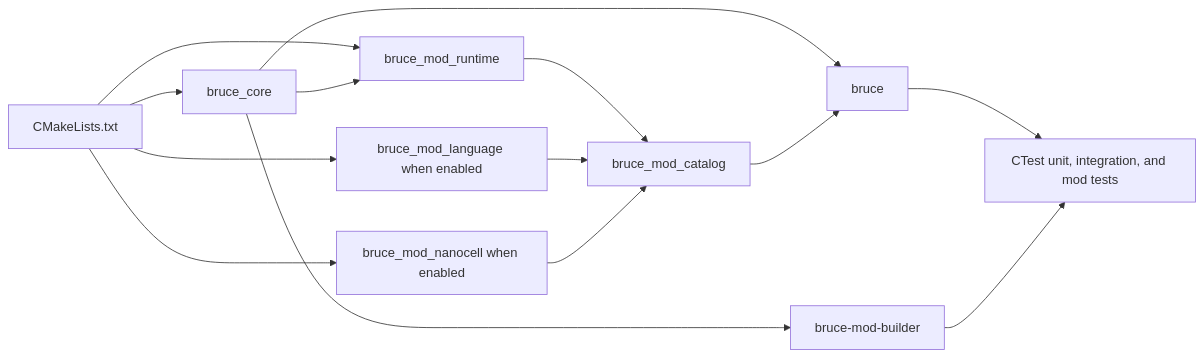
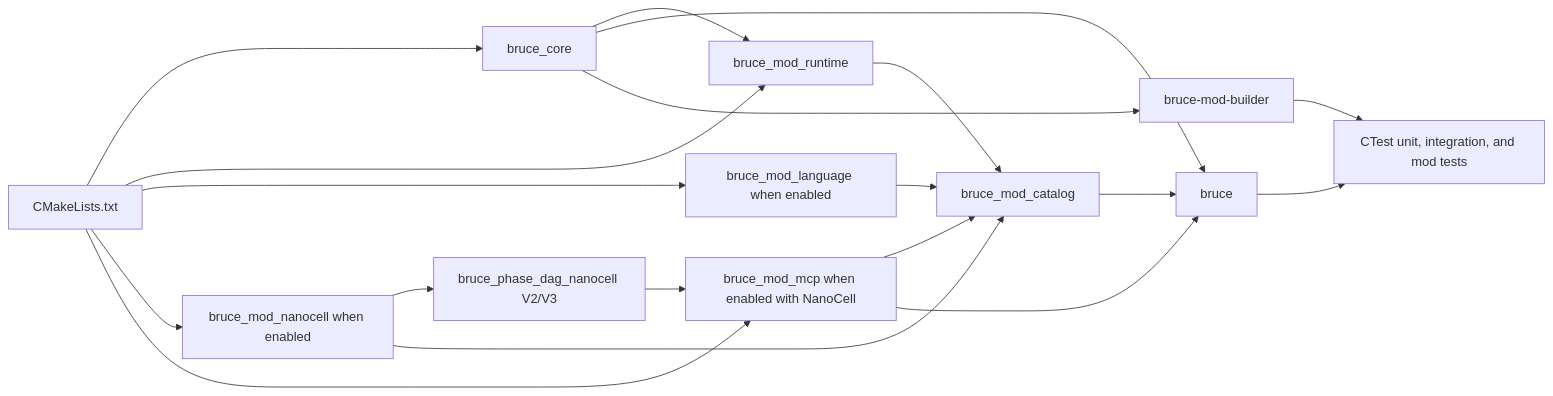
One commit to ChrisFle2003/BRUCE-raw changed the first of 2 diagrams in docs/architecture/repository-structure.md. Above: the diagram before and after it, drawn with Mermaid. The commit also changed other lines of this file and 554 other files, not shown here.

````diff
--- a/docs/architecture/repository-structure.md
+++ b/docs/architecture/repository-structure.md
@@ -64,16 +69,21 @@
 ```mermaid
 flowchart LR
     CMake[CMakeLists.txt] --> Core[bruce_core]
     CMake --> Runtime[bruce_mod_runtime]
     CMake --> Language[bruce_mod_language when enabled]
     CMake --> NanoCell[bruce_mod_nanocell when enabled]
+    CMake --> MCP[bruce_mod_mcp when enabled with NanoCell]
+    NanoCell --> DAG[bruce_phase_dag_nanocell V2/V3]
+    DAG --> MCP
     Core --> Runtime
     Runtime --> Catalog[bruce_mod_catalog]
     Language --> Catalog
     NanoCell --> Catalog
+    MCP --> Catalog
+    MCP --> CLI
     Core --> CLI[bruce]
     Catalog --> CLI
     Core --> Builder[bruce-mod-builder]
     CLI --> Tests[CTest unit, integration, and mod tests]
     Builder --> Tests
 ```
````
